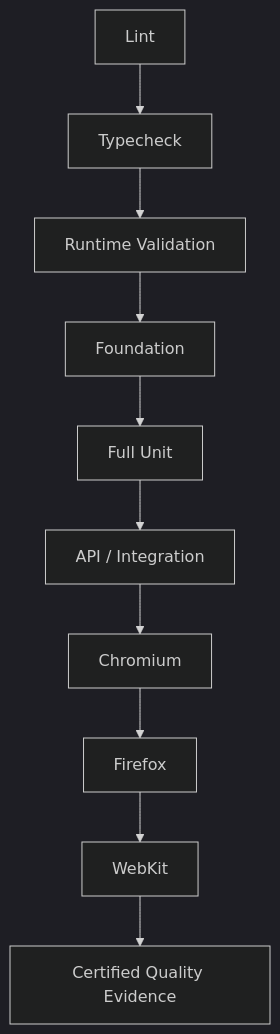
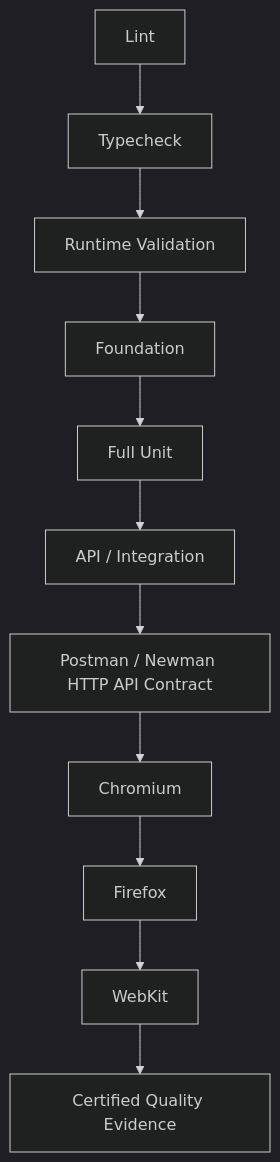
The diagram in docs/OmniQA_CI_v1.1_Showcase.md (MichaelMartinezQA/OmniQA-Automation-Framework), drawn with Mermaid (dark theme) before and after one commit. The commit also changed other lines of this file and 1 other file, not shown here.

Commit message:
showcase expanded HTTP contract certification

````diff
--- a/docs/OmniQA_CI_v1.1_Showcase.md
+++ b/docs/OmniQA_CI_v1.1_Showcase.md
@@ -9,12 +11,13 @@
 ```mermaid
 flowchart TD
     L[Lint] --> T[Typecheck]
     T --> R[Runtime Validation]
     R --> F[Foundation]
     F --> U[Full Unit]
     U --> A[API / Integration]
-    A --> C[Chromium]
+    A --> H[Postman / Newman HTTP API Contract]
+    H --> C[Chromium]
     C --> FF[Firefox]
     FF --> W[WebKit]
     W --> Q[Certified Quality Evidence]
 ```
````
